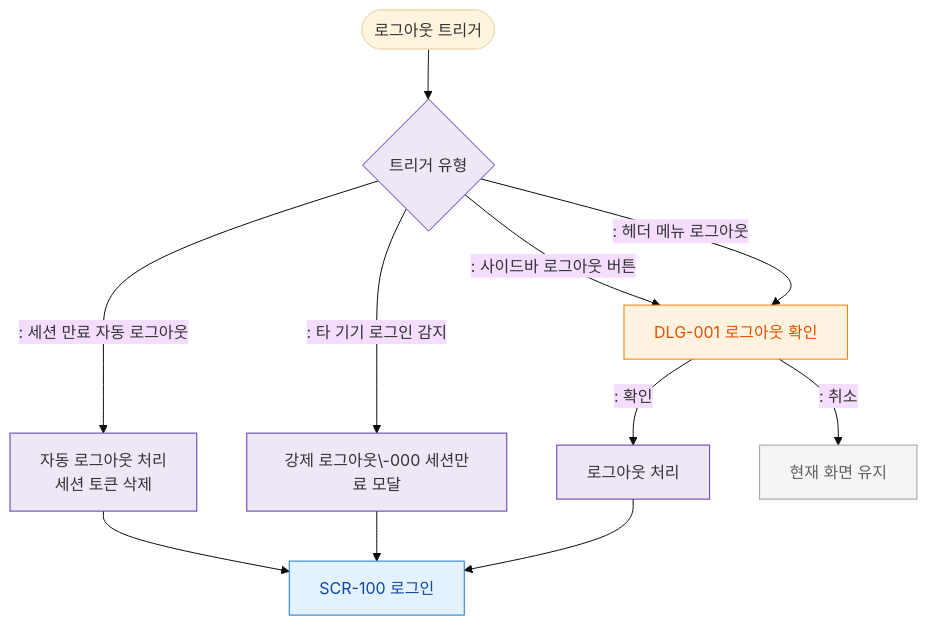
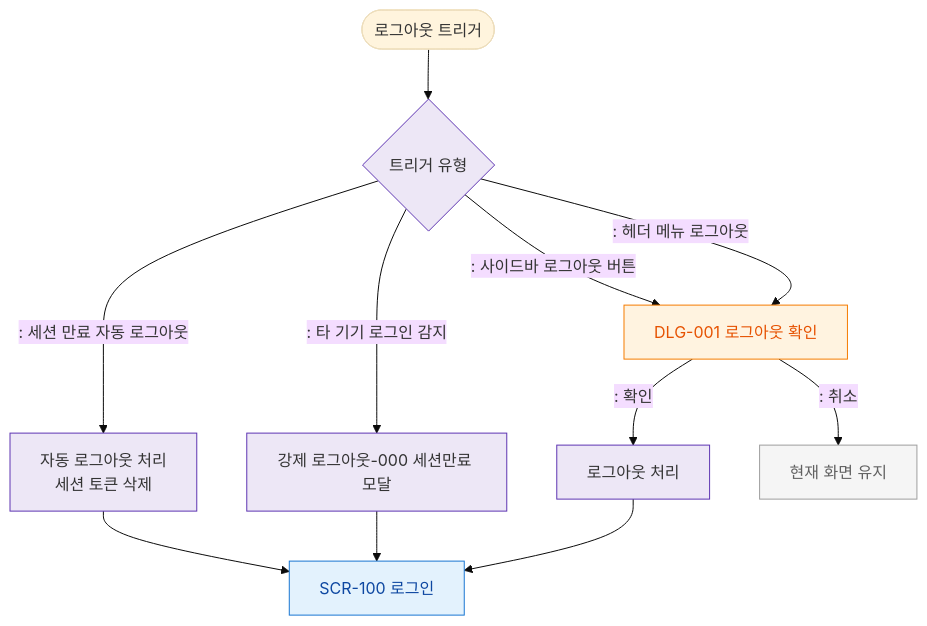
Before and after one commit to dev-spogym/admin-pando: the diagram in docs/admin/다이어그램/D01_공통/SCR-109_로그아웃/F1_진입.md, drawn with Mermaid (base theme). The commit also changed 369 other files, not shown here.

````diff
--- a/docs/admin/다이어그램/D01_공통/SCR-109_로그아웃/F1_진입.md
+++ b/docs/admin/다이어그램/D01_공통/SCR-109_로그아웃/F1_진입.md
@@ -17,24 +17,24 @@
 ```mermaid
 flowchart TD
     TRIGGER([로그아웃 트리거]) --> TRIGGER_TYPE{트리거 유형}
 
     TRIGGER_TYPE -->|": 사이드바 로그아웃 버튼"|DLG_001[DLG-001 로그아웃 확인]
     TRIGGER_TYPE -->|": 헤더 메뉴 로그아웃"|DLG_001
     TRIGGER_TYPE -->|": 세션 만료 자동 로그아웃"|AUTO_LOGOUT[자동 로그아웃 처리\n세션 토큰 삭제]
-    TRIGGER_TYPE -->|": 타 기기 로그인 감지"|FORCE_LOGOUT[강제 로그아웃\-000 세션만료 모달]
+    TRIGGER_TYPE -->|": 타 기기 로그인 감지"|FORCE_LOGOUT[강제 로그아웃-000 세션만료 모달]
 
     DLG_001 -->|": 확인"|LOGOUT_PROCESS[로그아웃 처리]
     DLG_001 -->|": 취소"|CANCEL[현재 화면 유지]
     AUTO_LOGOUT --> SCR_100[SCR-100 로그인]
     FORCE_LOGOUT --> SCR_100
     LOGOUT_PROCESS --> SCR_100
 
     classDef screen fill:#E3F2FD,stroke:#1976D2,color:#0D47A1
     classDef modal fill:#FFF3E0,stroke:#F57C00,color:#E65100
     classDef system fill:#EDE7F6,stroke:#5E35B2
     classDef rbacBlocked fill:#F5F5F5,stroke:#9E9E9E,color:#616161
     class SCR_100 screen
     class DLG_001 modal
     class TRIGGER_TYPE,AUTO_LOGOUT,FORCE_LOGOUT,LOGOUT_PROCESS system
     class CANCEL rbacBlocked
 ```
````
